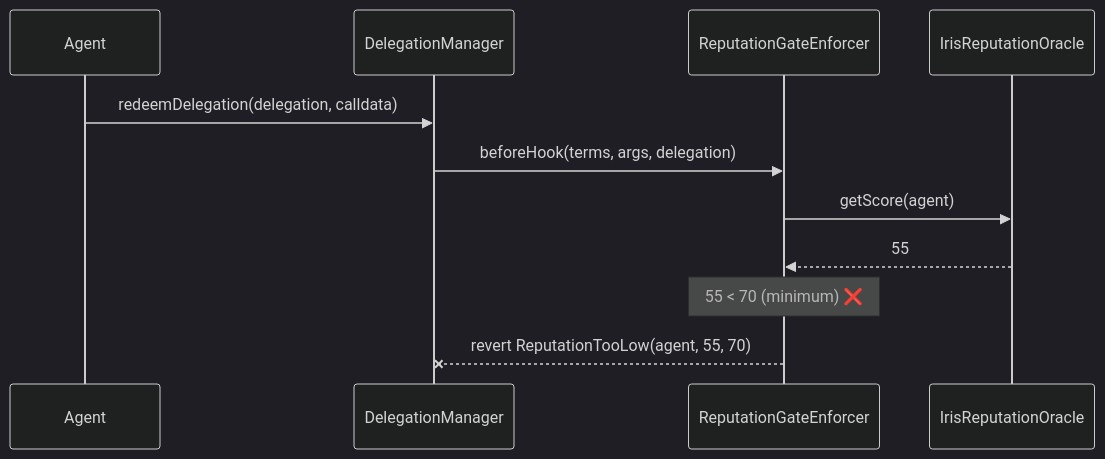
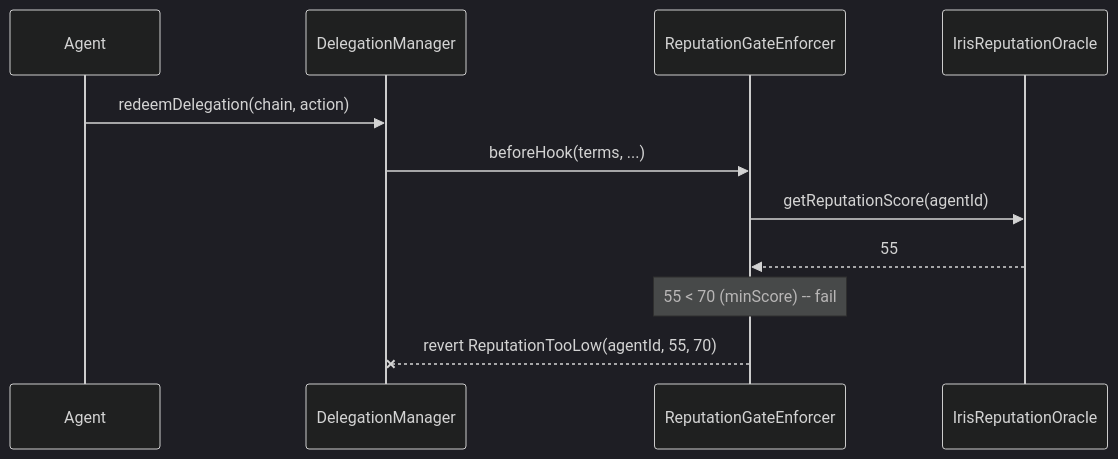
The second of 2 diagrams in docs/docs/contracts/reputation-gate.md (ElliotFriedman/iris-protocol), drawn with Mermaid (dark theme) before and after one commit. The commit also changed other lines of this file and 12 other files, not shown here.

````diff
--- a/docs/docs/contracts/reputation-gate.md
+++ b/docs/docs/contracts/reputation-gate.md
@@ -45,14 +44,14 @@
 ```mermaid
 sequenceDiagram
     participant Agent
     participant DelegationManager
     participant ReputationGateEnforcer
     participant IrisReputationOracle
 
-    Agent->>DelegationManager: redeemDelegation(delegation, calldata)
-    DelegationManager->>ReputationGateEnforcer: beforeHook(terms, args, delegation)
-    ReputationGateEnforcer->>IrisReputationOracle: getScore(agent)
+    Agent->>DelegationManager: redeemDelegation(chain, action)
+    DelegationManager->>ReputationGateEnforcer: beforeHook(terms, ...)
+    ReputationGateEnforcer->>IrisReputationOracle: getReputationScore(agentId)
     IrisReputationOracle-->>ReputationGateEnforcer: 55
-    Note over ReputationGateEnforcer: 55 < 70 (minimum) ❌
-    ReputationGateEnforcer--xDelegationManager: revert ReputationTooLow(agent, 55, 70)
+    Note over ReputationGateEnforcer: 55 < 70 (minScore) -- fail
+    ReputationGateEnforcer--xDelegationManager: revert ReputationTooLow(agentId, 55, 70)
 ```
````
